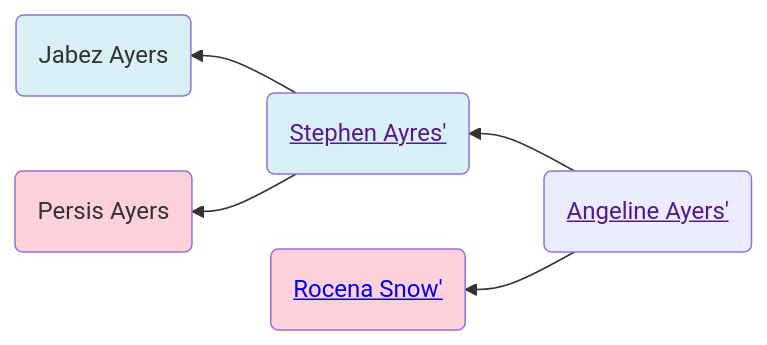
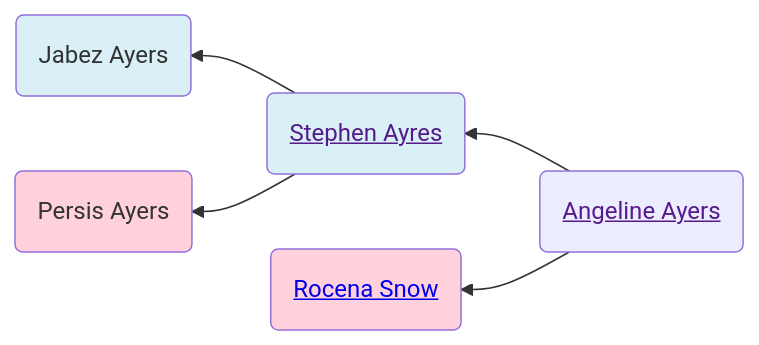
Before and after one commit to neelsmith/avocational: the first of 2 diagrams in familyhistory/sources/people/Henderson-line/Ayers-line/Angeline_Ayers.qmd, drawn with Mermaid. The commit also changed other lines of this file and 96 other files, not shown here.

````diff
--- a/familyhistory/sources/people/Henderson-line/Ayers-line/Angeline_Ayers.qmd
+++ b/familyhistory/sources/people/Henderson-line/Ayers-line/Angeline_Ayers.qmd
@@ -26,16 +26,16 @@
 ```{mermaid}
 graph RL
 %% RL ancestor diagram
-Angeline_Ayers(<a href=''>Angeline Ayers'</>) -->  Stephen_Ayres(<a href='./Stephen_Ayres.html'>Stephen Ayres'</>)
-Stephen_Ayres(<a href=''>Stephen Ayres'</>) -->  Jabez_Ayers(Jabez Ayers)
+Angeline_Ayers(<a href=''>Angeline Ayers</a>) -->  Stephen_Ayres(<a href='./Stephen_Ayres.html'>Stephen Ayres</a>)
+Stephen_Ayres(<a href=''>Stephen Ayres</a>) -->  Jabez_Ayers(Jabez Ayers)
 class Jabez_Ayers father
-Stephen_Ayres(<a href=''>Stephen Ayres'</>)  --> Persis_Ayers(Persis Ayers)
+Stephen_Ayres(<a href=''>Stephen Ayres</a>)  --> Persis_Ayers(Persis Ayers)
 class Persis_Ayers mother
 class Stephen_Ayres father
-Angeline_Ayers(<a href=''>Angeline Ayers'</>)  --> Rocena_Snow(<a href='./Rocena_Snow.html'>Rocena Snow'</>)
+Angeline_Ayers(<a href=''>Angeline Ayers</a>)  --> Rocena_Snow(<a href='./Rocena_Snow.html'>Rocena Snow</a>)
 class Rocena_Snow mother
 classDef mother fill:#ffd1dc
 classDef father fill:#daf0f7  
 classDef marriage fill:#ffffff
 
 ```
````
